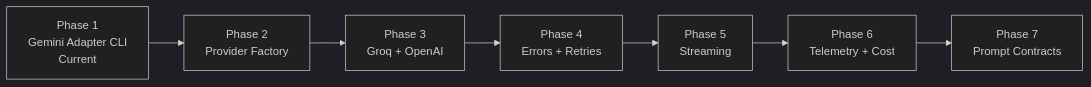
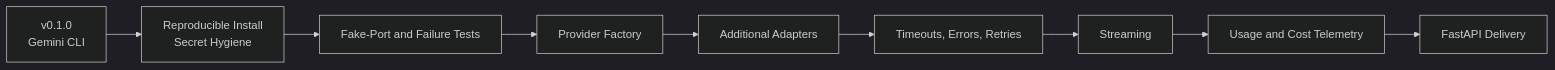
The seventh of 7 diagrams in 1_Bro_Became_AI_Engineer/01_Daily_Learning/Week_01/03_Provider_Adapter/Project/llm_gateway/README.md (mzaid-dev/Bro_to_FAANG-exe), drawn with Mermaid (dark theme) before and after one commit. The commit also changed other lines of this file and 4 other files, not shown here.

````diff
--- a/1_Bro_Became_AI_Engineer/01_Daily_Learning/Week_01/03_Provider_Adapter/Project/llm_gateway/README.md
+++ b/1_Bro_Became_AI_Engineer/01_Daily_Learning/Week_01/03_Provider_Adapter/Project/llm_gateway/README.md
@@ -487,12 +282,11 @@
 ```mermaid
 flowchart LR
-    P1["Phase 1<br/>Gemini Adapter CLI<br/>Current"]
-    P2["Phase 2<br/>Provider Factory"]
-    P3["Phase 3<br/>Groq + OpenAI"]
-    P4["Phase 4<br/>Errors + Retries"]
-    P5["Phase 5<br/>Streaming"]
-    P6["Phase 6<br/>Telemetry + Cost"]
-    P7["Phase 7<br/>Prompt Contracts"]
-
-    P1 --> P2 --> P3 --> P4 --> P5 --> P6 --> P7
+    CURRENT["v0.1.0<br/>Gemini CLI"] --> HYGIENE["Reproducible Install<br/>Secret Hygiene"]
+    HYGIENE --> TESTS["Fake-Port and Failure Tests"]
+    TESTS --> FACTORY["Provider Factory"]
+    FACTORY --> PROVIDERS["Additional Adapters"]
+    PROVIDERS --> RELIABILITY["Timeouts, Errors, Retries"]
+    RELIABILITY --> STREAMING["Streaming"]
+    STREAMING --> TELEMETRY["Usage and Cost Telemetry"]
+    TELEMETRY --> API["FastAPI Delivery"]
 ```
````
